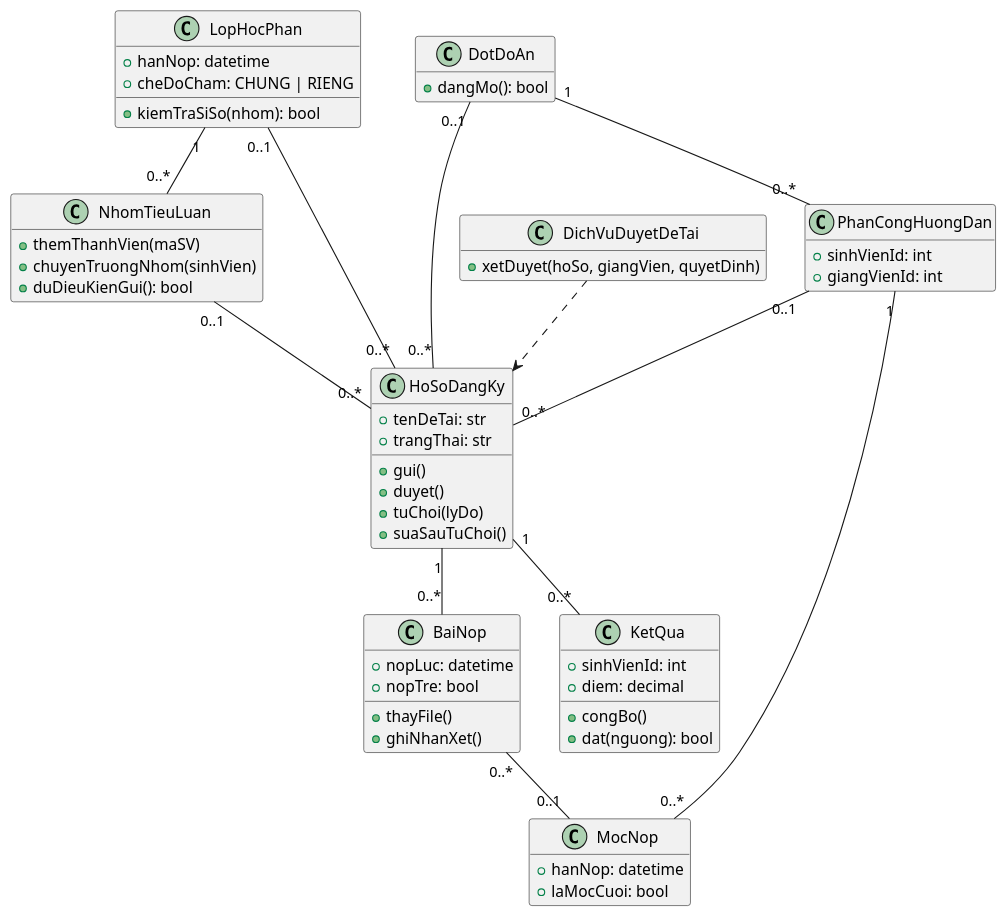
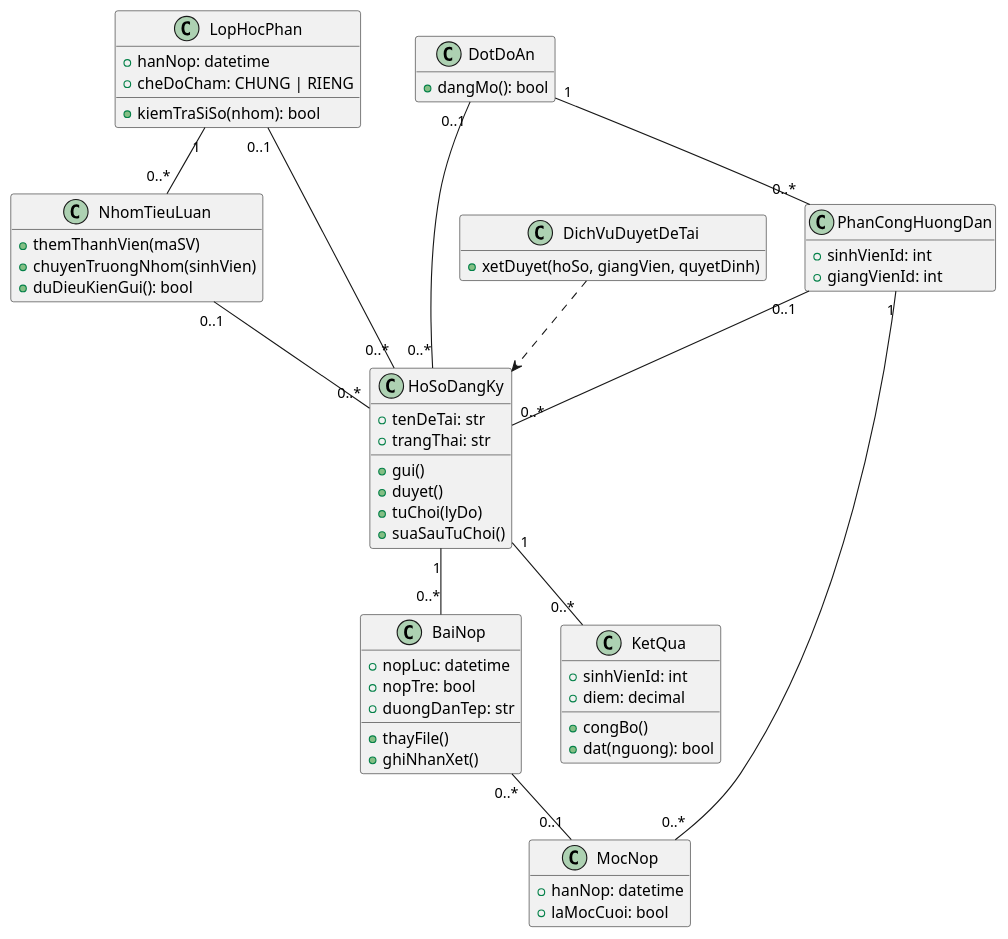
Before and after one commit to lam-vu6868/HTQL_TieuLuan_DoAN: the second of 6 diagrams in 02-so-do-uml.md, drawn with PlantUML. The commit also changed other lines of this file and 16 other files, not shown here.

````diff
--- a/02-so-do-uml.md
+++ b/02-so-do-uml.md
@@ -49,60 +49,61 @@
 ```plantuml
 @startuml
 hide empty members
 class LopHocPhan {
   +hanNop: datetime
   +cheDoCham: CHUNG | RIENG
   +kiemTraSiSo(nhom): bool
 }
 class DotDoAn {
   +dangMo(): bool
 }
 class PhanCongHuongDan {
   +sinhVienId: int
   +giangVienId: int
 }
 class NhomTieuLuan {
   +themThanhVien(maSV)
   +chuyenTruongNhom(sinhVien)
   +duDieuKienGui(): bool
 }
 class HoSoDangKy {
   +tenDeTai: str
   +trangThai: str
   +gui()
   +duyet()
   +tuChoi(lyDo)
   +suaSauTuChoi()
 }
 class MocNop {
   +hanNop: datetime
   +laMocCuoi: bool
 }
 class BaiNop {
   +nopLuc: datetime
   +nopTre: bool
+  +duongDanTep: str
   +thayFile()
   +ghiNhanXet()
 }
 class KetQua {
   +sinhVienId: int
   +diem: decimal
   +congBo()
   +dat(nguong): bool
 }
 class DichVuDuyetDeTai {
   +xetDuyet(hoSo, giangVien, quyetDinh)
 }
 LopHocPhan "1" -- "0..*" NhomTieuLuan
 NhomTieuLuan "0..1" -- "0..*" HoSoDangKy
 LopHocPhan "0..1" -- "0..*" HoSoDangKy
 DotDoAn "0..1" -- "0..*" HoSoDangKy
 DotDoAn "1" -- "0..*" PhanCongHuongDan
 PhanCongHuongDan "0..1" -- "0..*" HoSoDangKy
 PhanCongHuongDan "1" -- "0..*" MocNop
 HoSoDangKy "1" -- "0..*" BaiNop
 BaiNop "0..*" -- "0..1" MocNop
 HoSoDangKy "1" -- "0..*" KetQua
 DichVuDuyetDeTai ..> HoSoDangKy
 @enduml
 ```
````
